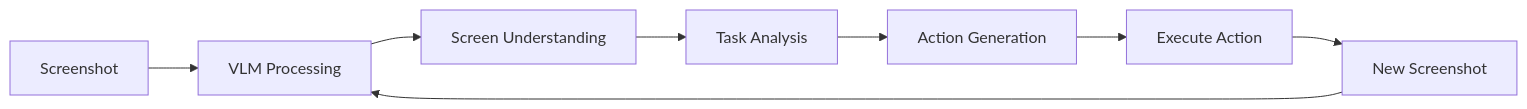
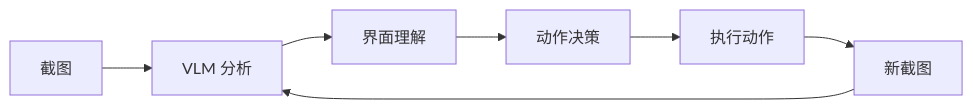
One commit to tylerelyt/test_bed changed the diagram in docs_site/docs/gui-agent/vlm-integration.md. Above: the diagram before and after it, drawn with Mermaid. The commit also changed other lines of this file and 15 other files, not shown here.

First line of the commit message:
feat(rag): OAG ReAct graph reasoning, streaming steps, retrieval subgraph viz

````diff
--- a/docs_site/docs/gui-agent/vlm-integration.md
+++ b/docs_site/docs/gui-agent/vlm-integration.md
@@ -54,10 +51,9 @@
 ```mermaid
 graph LR
-    A[Screenshot] --> B[VLM Processing]
-    B --> C[Screen Understanding]
-    C --> D[Task Analysis]
-    D --> E[Action Generation]
-    E --> F[Execute Action]
-    F --> G[New Screenshot]
-    G --> B
+    A[截图] --> B[VLM 分析]
+    B --> C[界面理解]
+    C --> D[动作决策]
+    D --> E[执行动作]
+    E --> F[新截图]
+    F --> B
 ```
````
